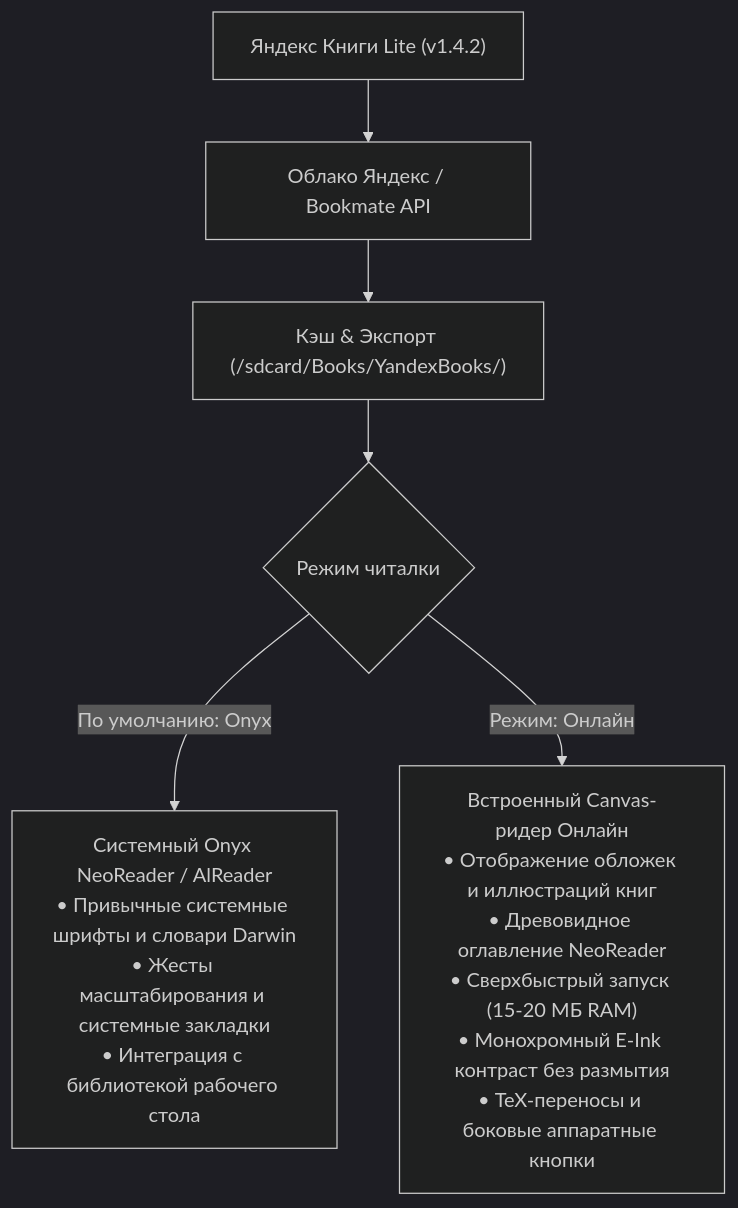
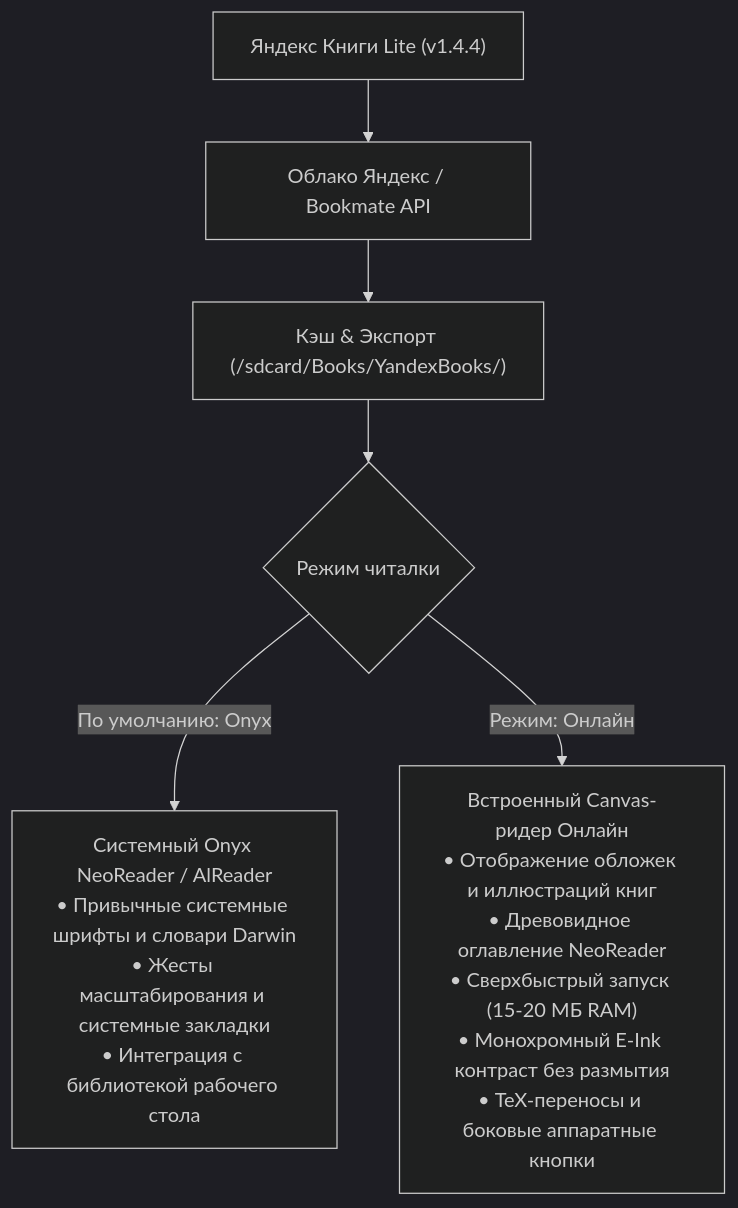
Before and after one commit to litvaerickson-spec/onyx-yandex-books: the diagram in README.md, drawn with Mermaid (dark theme). The commit also changed other lines of this file and 6 other files, not shown here.

````diff
--- a/README.md
+++ b/README.md
@@ -81,10 +87,10 @@
 ```mermaid
 flowchart TD
-    App["Яндекс Книги Lite (v1.4.2)"] --> Cloud["Облако Яндекс / Bookmate API"]
+    App["Яндекс Книги Lite (v1.4.4)"] --> Cloud["Облако Яндекс / Bookmate API"]
     Cloud --> Cache["Кэш & Экспорт (/sdcard/Books/YandexBooks/)"]
     Cache --> ModeSelect{"Режим читалки"}
     
     ModeSelect -->|По умолчанию: Onyx| OnyxReader["Системный Onyx NeoReader / AlReader<br/>• Привычные системные шрифты и словари Darwin<br/>• Жесты масштабирования и системные закладки<br/>• Интеграция с библиотекой рабочего стола"]
     
     ModeSelect -->|Режим: Онлайн| OnlineReader["Встроенный Canvas-ридер Онлайн<br/>• Отображение обложек и иллюстраций книг<br/>• Древовидное оглавление NeoReader<br/>• Сверхбыстрый запуск (15-20 МБ RAM)<br/>• Монохромный E-Ink контраст без размытия<br/>• TeX-переносы и боковые аппаратные кнопки"]
 ```
````
